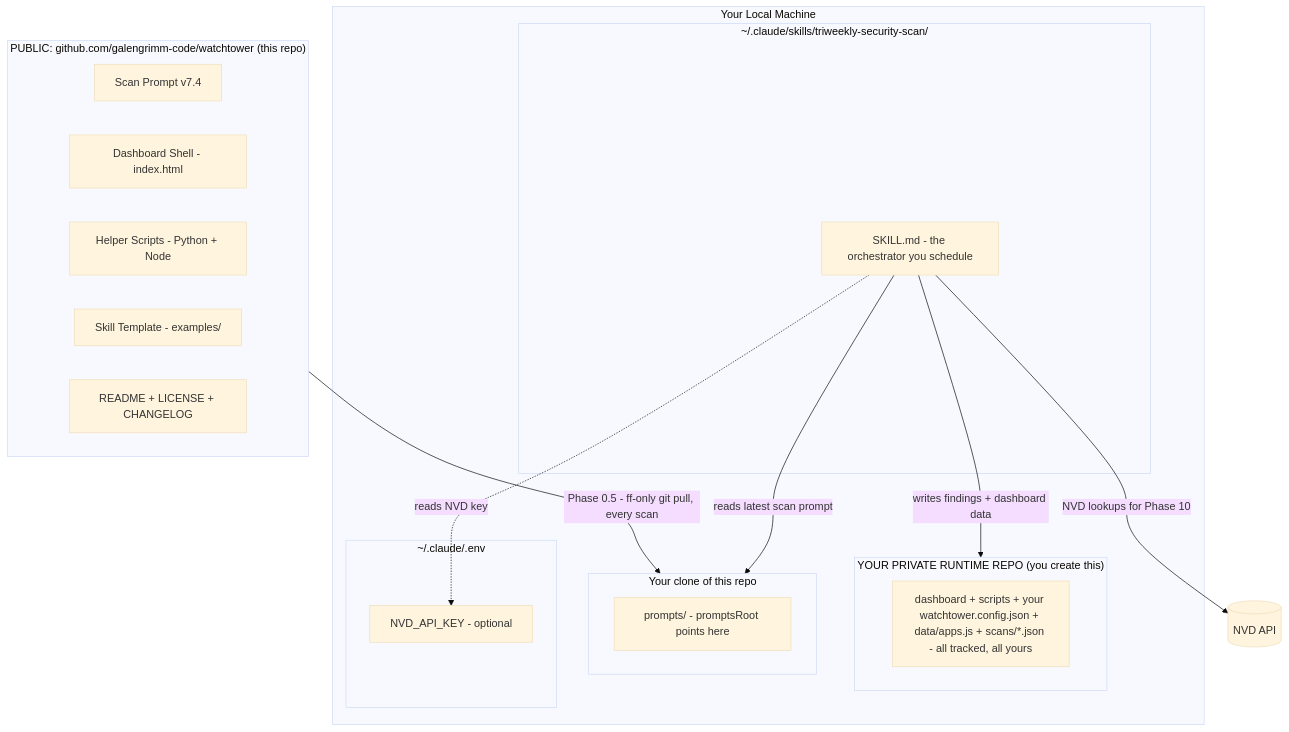
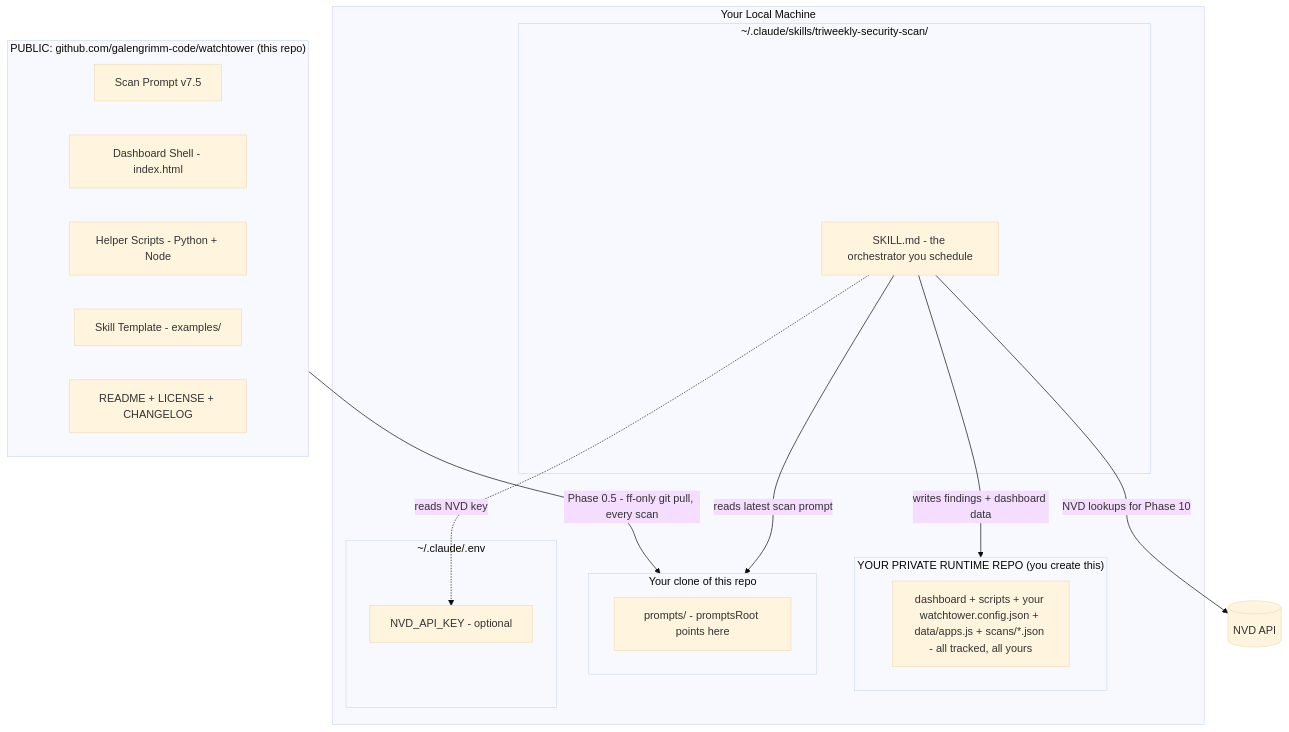
One commit to galengrimm-code/watchtower changed the first of 2 diagrams in README.md. Above: the diagram before and after it, drawn with Mermaid (base theme). The commit also changed other lines of this file and 2 other files, not shown here.

First paragraph of the commit message:
v7.5: dependency-CVE severity by reachability + STEP 1B URL fallback
Two blocking rules, both fixing a check defeated by its own inputs.

````diff
--- a/README.md
+++ b/README.md
@@ -35,34 +35,34 @@
 ```mermaid
 graph TB
     subgraph public["PUBLIC: github.com/galengrimm-code/watchtower (this repo)"]
-        Prompt[Scan Prompt v7.4]
+        Prompt[Scan Prompt v7.5]
         Shell[Dashboard Shell - index.html]
         Scripts[Helper Scripts - Python + Node]
         Template[Skill Template - examples/]
         Docs[README + LICENSE + CHANGELOG]
     end
 
     subgraph local["Your Local Machine"]
         subgraph runtime["YOUR PRIVATE RUNTIME REPO (you create this)"]
             Run[dashboard + scripts + your watchtower.config.json + data/apps.js + scans/*.json - all tracked, all yours]
         end
 
         subgraph pubclone["Your clone of this repo"]
             PromptClone[prompts/ - promptsRoot points here]
         end
 
         subgraph skillhome["~/.claude/skills/triweekly-security-scan/"]
             Skill[SKILL.md - the orchestrator you schedule]
         end
 
         subgraph env["~/.claude/.env"]
             Secrets[NVD_API_KEY - optional]
         end
     end
 
     public -->|"Phase 0.5 - ff-only git pull, every scan"| pubclone
     Skill -->|"reads latest scan prompt"| pubclone
     Skill -->|"writes findings + dashboard data"| runtime
     Skill -.->|"reads NVD key"| Secrets
     Skill -->|"NVD lookups for Phase 10"| NVD[(NVD API)]
 ```
````
